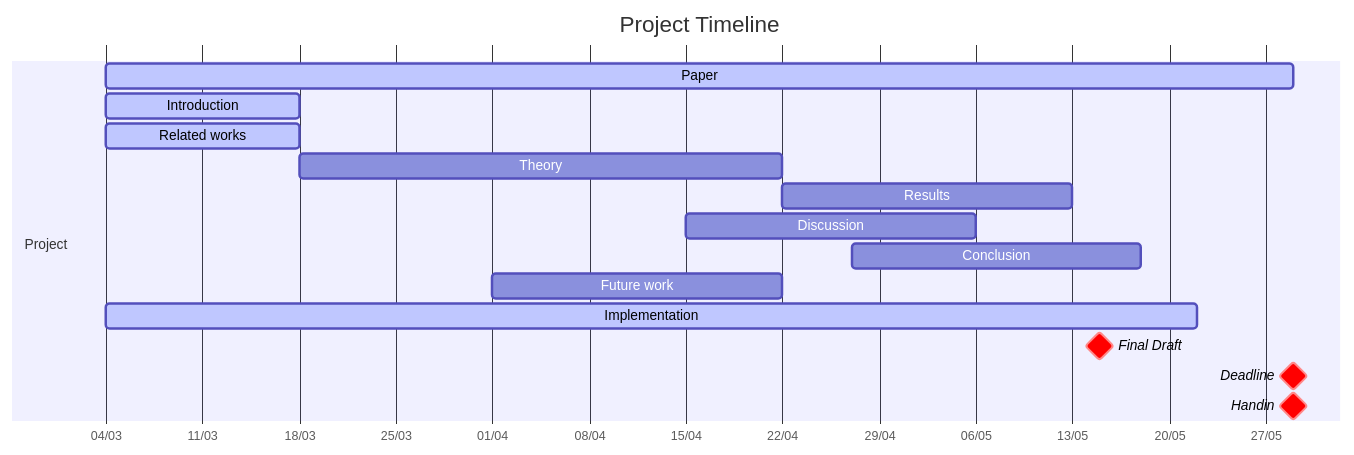
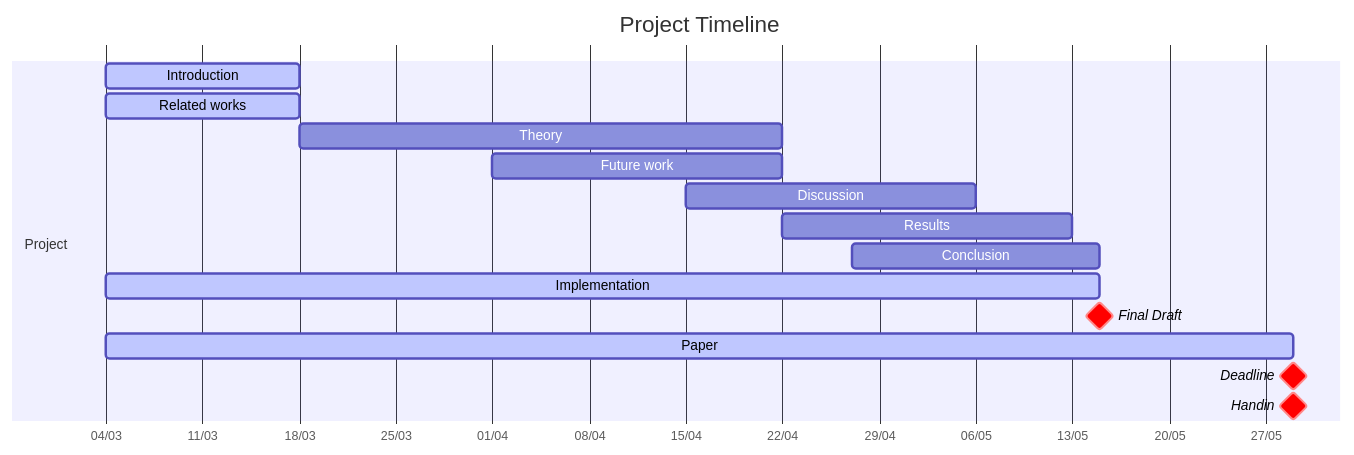
One commit to AAU-Dat/P8-supporting-schema-creation changed the diagram in Writerside/topics/Roadmap.md. Above: the diagram before and after it, drawn with Mermaid.

Commit message:
Prettified

````diff
--- a/Writerside/topics/Roadmap.md
+++ b/Writerside/topics/Roadmap.md
@@ -2,22 +2,22 @@
 ```mermaid
 gantt
     tickInterval 1week
     weekday monday
     title Project Timeline
     dateFormat  YYYY-MM-DD
     axisFormat %d/%m
     
     section Project
-    Paper: active, 2024-03-04, 2024-05-29
     Introduction: active, 2024-03-04, 14d
     Related works: active, 2024-03-04, 14d
     Theory: 2024-03-18, 35d
+    Future work: 2024-04-01, 21d
+    Discussion: 2024-04-15, 21d
     Results: 2024-04-22, 21d
-    Discussion: 2024-04-15, 21d
-    Conclusion: 2024-04-27, 21d
-    Future work: 2024-04-01, 21d
-    Implementation: active, 2024-03-04, 2024-05-22
+    Conclusion: 2024-04-27, 18d
+    Implementation: active, 2024-03-04, 2024-05-15
     Final Draft: crit, milestone, 2024-05-15,
+    Paper: active, 2024-03-04, 2024-05-29
     Deadline: crit, milestone, 2024-05-29, 
     Handin: crit, milestone, 2024-05-29,
 ```
````
